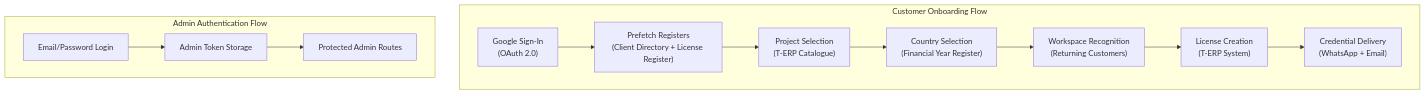
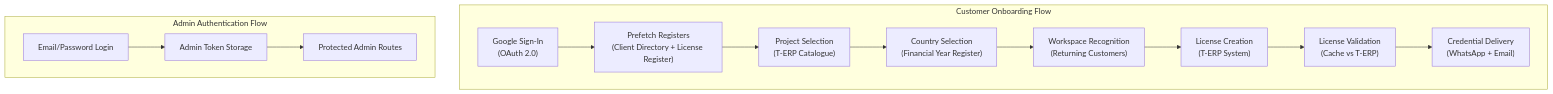
One commit to imcbsglobal/TRELLISCO_ERP_FRONTEND changed the first of 5 diagrams in .qoder/repowiki/en/content/Application Architecture/Authentication & Authorization.md. Above: the diagram before and after it, drawn with Mermaid. The commit also changed other lines of this file and 15 other files, not shown here.

````diff
--- a/.qoder/repowiki/en/content/Application Architecture/Authentication & Authorization.md
+++ b/.qoder/repowiki/en/content/Application Architecture/Authentication & Authorization.md
@@ -56,19 +59,20 @@
 ```mermaid
 graph TB
 subgraph "Customer Onboarding Flow"
 GOOGLE["Google Sign-In<br/>(OAuth 2.0)"]
 PREFETCH["Prefetch Registers<br/>(Client Directory + License Register)"]
 PROJECTS["Project Selection<br/>(T-ERP Catalogue)"]
 COUNTRY["Country Selection<br/>(Financial Year Register)"]
 WORKSPACE["Workspace Recognition<br/>(Returning Customers)"]
 LICENSE["License Creation<br/>(T-ERP System)"]
+VALIDATION["License Validation<br/>(Cache vs T-ERP)"]
 CREDENTIALS["Credential Delivery<br/>(WhatsApp + Email)"]
 end
 subgraph "Admin Authentication Flow"
 TRADITIONAL["Email/Password Login"]
 ADMIN_TOKEN["Admin Token Storage"]
 PROTECTED["Protected Admin Routes"]
 end
-GOOGLE --> PREFETCH --> PROJECTS --> COUNTRY --> WORKSPACE --> LICENSE --> CREDENTIALS
+GOOGLE --> PREFETCH --> PROJECTS --> COUNTRY --> WORKSPACE --> LICENSE --> VALIDATION --> CREDENTIALS
 TRADITIONAL --> ADMIN_TOKEN --> PROTECTED
 ```
````
